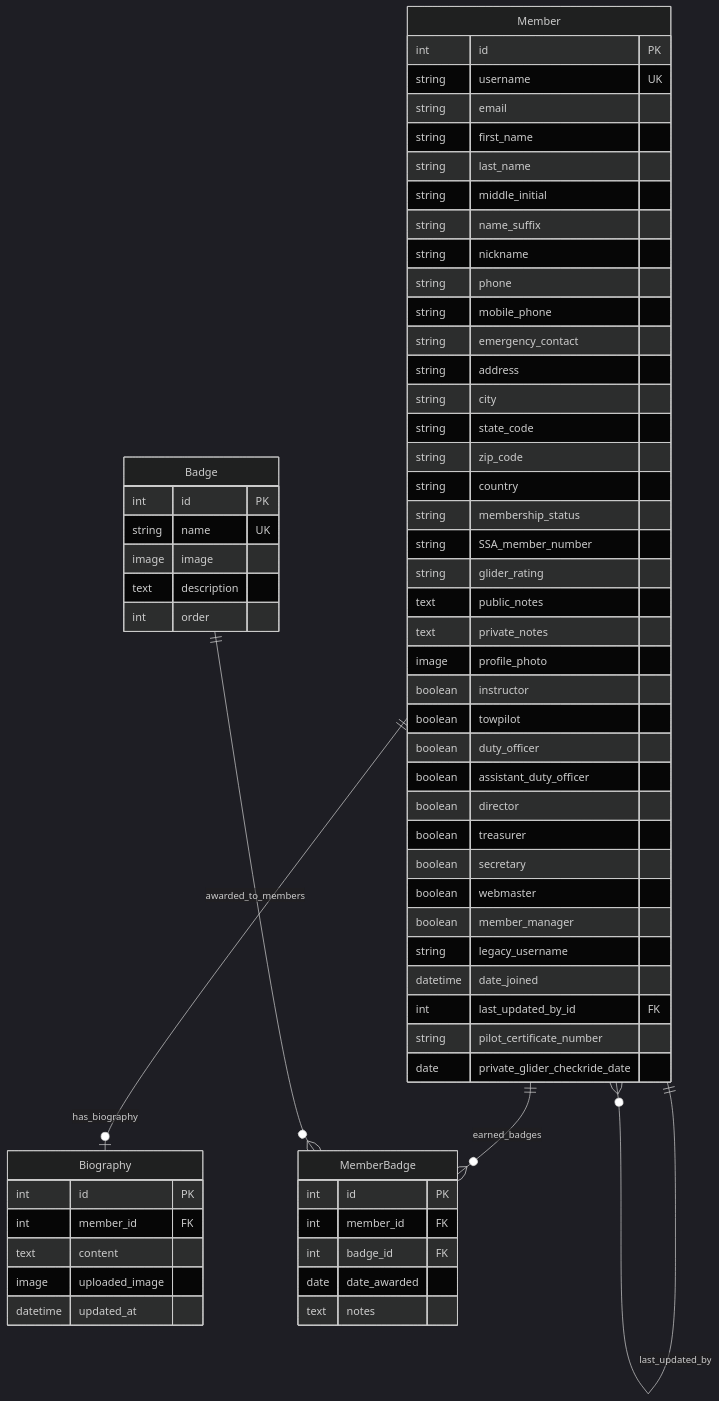
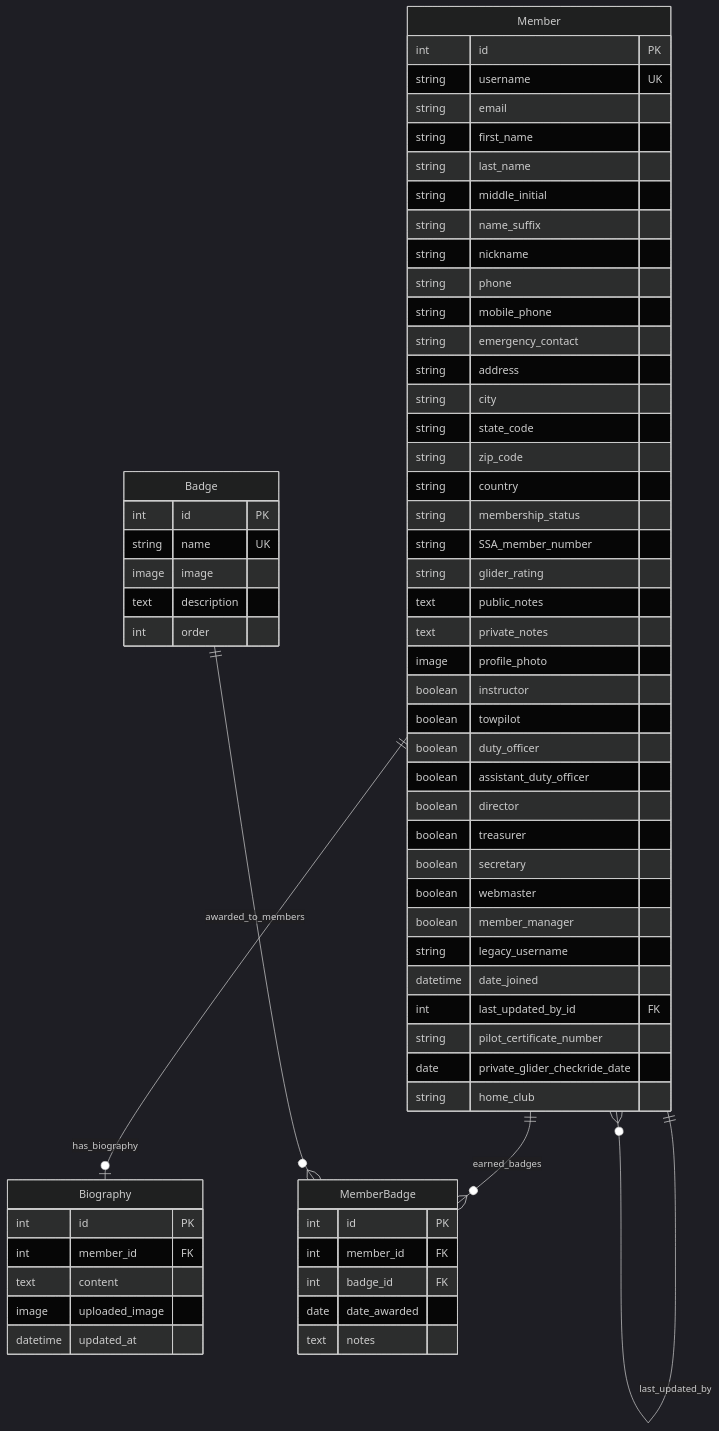
One commit to pietbarber/Manage2Soar changed the diagram in members/docs/models.md. Above: the diagram before and after it, drawn with Mermaid (dark theme). The commit also changed other lines of this file and 3 other files, not shown here.

````diff
--- a/members/docs/models.md
+++ b/members/docs/models.md
@@ -7,70 +7,71 @@
 ```mermaid
 erDiagram
     Member {
         int id PK
         string username UK
         string email
         string first_name
         string last_name
         string middle_initial
         string name_suffix
         string nickname
         string phone
         string mobile_phone
         string emergency_contact
         string address
         string city
         string state_code
         string zip_code
         string country
         string membership_status
         string SSA_member_number
         string glider_rating
         text public_notes
         text private_notes
         image profile_photo
         boolean instructor
         boolean towpilot
         boolean duty_officer
         boolean assistant_duty_officer
         boolean director
         boolean treasurer
         boolean secretary
         boolean webmaster
         boolean member_manager
         string legacy_username
         datetime date_joined
         int last_updated_by_id FK
         string pilot_certificate_number
         date private_glider_checkride_date
+        string home_club
     }
 
     Biography {
         int id PK
         int member_id FK
         text content
         image uploaded_image
         datetime updated_at
     }
 
     Badge {
         int id PK
         string name UK
         image image
         text description
         int order
     }
 
     MemberBadge {
         int id PK
         int member_id FK
         int badge_id FK
         date date_awarded
         text notes
     }
 
     Member ||--o| Biography : has_biography
     Member ||--o{ MemberBadge : earned_badges
     Badge ||--o{ MemberBadge : awarded_to_members
     Member ||--o{ Member : last_updated_by
 ```
````
